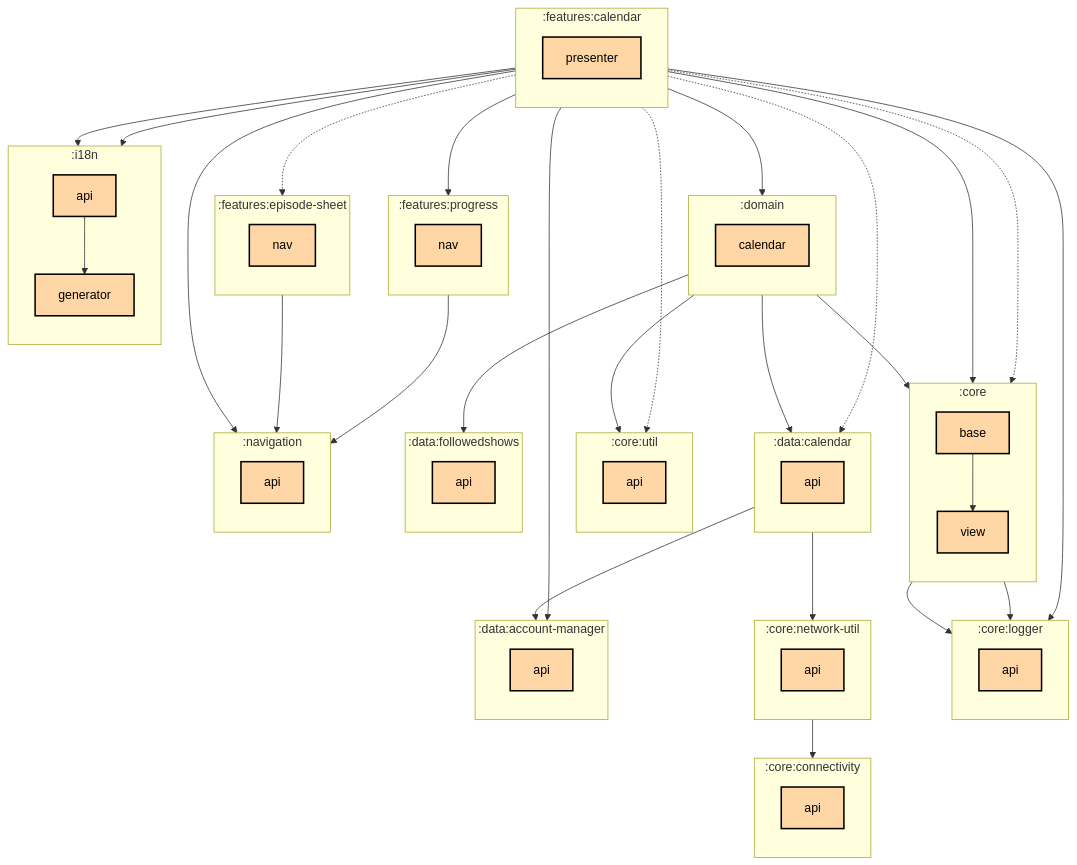
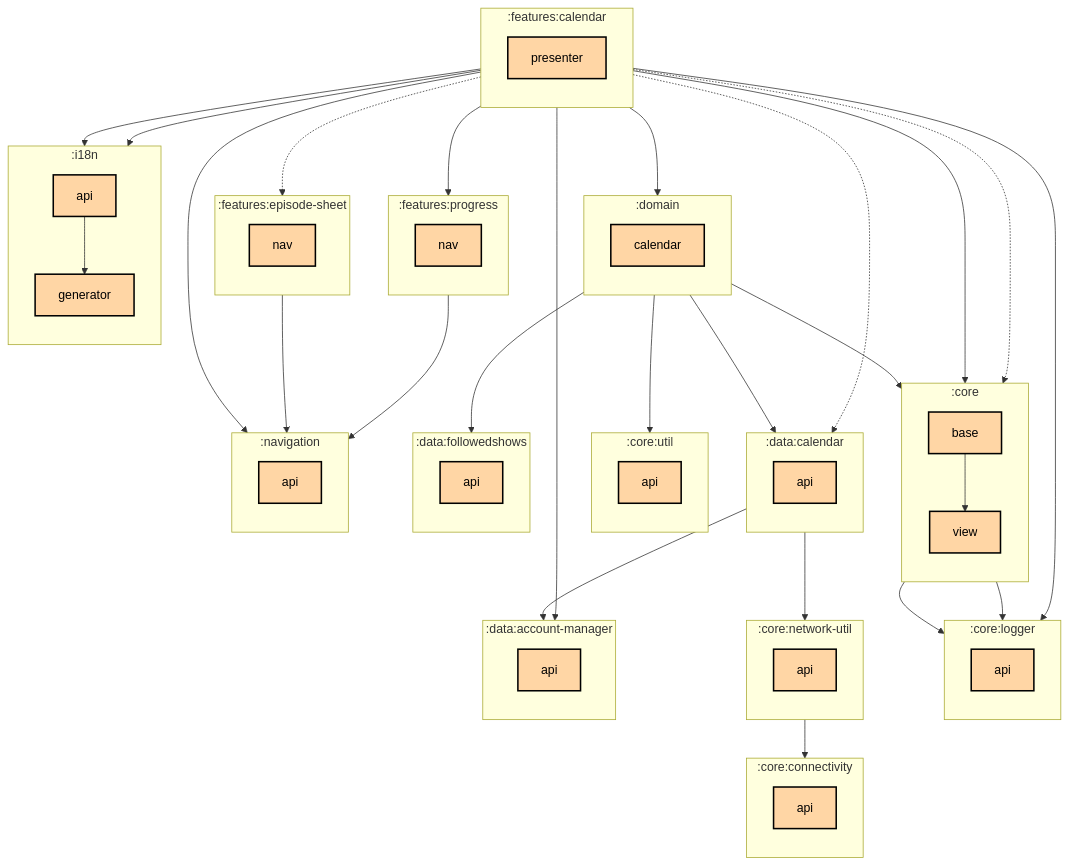
The first of 2 diagrams in features/calendar/presenter/README.md (thomaskioko/tv-maniac), drawn with Mermaid before and after one commit. The commit also changed 23 other files, not shown here.

Commit message:
🤖 Update module graphs

```diff
--- a/features/calendar/presenter/README.md
+++ b/features/calendar/presenter/README.md
@@ -76,7 +76,6 @@
   :domain:calendar --> :data:followedshows:api
   :features:calendar:presenter -.-> :core:base
   :features:calendar:presenter --> :core:logger:api
-  :features:calendar:presenter -.-> :core:util:api
   :features:calendar:presenter --> :core:view
   :features:calendar:presenter --> :data:account-manager:api
   :features:calendar:presenter -.-> :data:calendar:api
```
